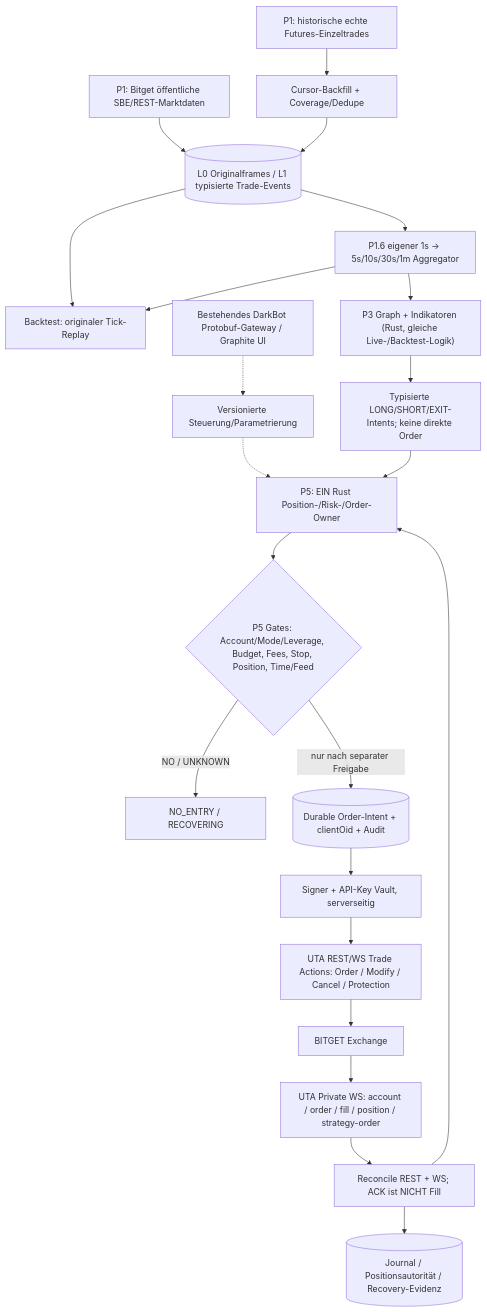
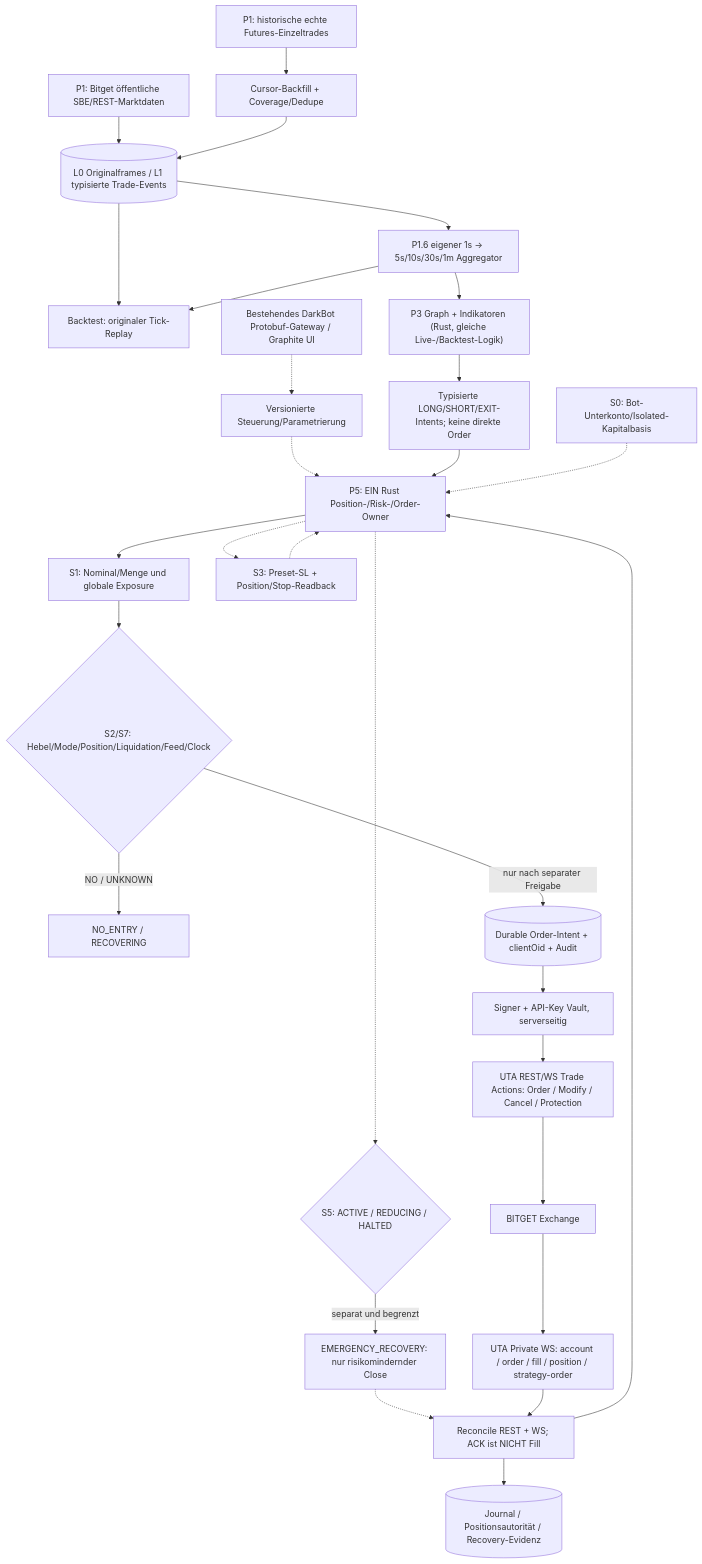
One commit to sawyerma/darkbot changed the diagram in darknode/docs/PHASENPLAN_P5_V1.md. Above: the diagram before and after it, drawn with Mermaid. The commit also changed other lines of this file, not shown here.

Commit message:
docs(darknode): binding 8-layer futures safety architecture and P5 A13-A28 acceptance gates

````diff
--- a/darknode/docs/PHASENPLAN_P5_V1.md
+++ b/darknode/docs/PHASENPLAN_P5_V1.md
@@ -15,23 +15,30 @@
 ```mermaid
 flowchart TB
     PUB["P1: Bitget öffentliche SBE/REST-Marktdaten"] --> L1[("L0 Originalframes / L1 typisierte Trade-Events")]
     HIST["P1: historische echte Futures-Einzeltrades"] --> IMP["Cursor-Backfill + Coverage/Dedupe"] --> L1
     L1 --> AGG["P1.6 eigener 1s → 5s/10s/30s/1m Aggregator"]
     L1 --> BT["Backtest: originaler Tick-Replay"]
     AGG --> BT
     AGG --> GRAPH["P3 Graph + Indikatoren (Rust, gleiche Live-/Backtest-Logik)"]
     GRAPH --> INTENT["Typisierte LONG/SHORT/EXIT-Intents; keine direkte Order"]
     UI["Bestehendes DarkBot Protobuf-Gateway / Graphite UI"] -.-> CONTROL["Versionierte Steuerung/Parametrierung"]
     CONTROL -.-> OWNER
     INTENT --> OWNER["P5: EIN Rust Position-/Risk-/Order-Owner"]
-    OWNER --> GUARD{"P5 Gates: Account/Mode/Leverage, Budget, Fees, Stop, Position, Time/Feed"}
+    ACCOUNT["S0: Bot-Unterkonto/Isolated-Kapitalbasis"] -.-> OWNER
+    OWNER --> RISK["S1: Nominal/Menge und globale Exposure"]
+    RISK --> GUARD{"S2/S7: Hebel/Mode/Position/Liquidation/Feed/Clock"}
+    OWNER -.-> STOP["S3: Preset-SL + Position/Stop-Readback"]
+    STOP -.-> OWNER
+    OWNER -.-> HALT{"S5: ACTIVE / REDUCING / HALTED"}
+    HALT -->|"separat und begrenzt"| EMERG["EMERGENCY_RECOVERY: nur risikomindernder Close"]
+    EMERG -.-> REC
     GUARD -->|"NO / UNKNOWN"| HOLD["NO_ENTRY / RECOVERING"]
     GUARD -->|"nur nach separater Freigabe"| JOURNAL[("Durable Order-Intent + clientOid + Audit")]
     JOURNAL --> AUTH["Signer + API-Key Vault, serverseitig"]
     AUTH --> REST["UTA REST/WS Trade Actions: Order / Modify / Cancel / Protection"]
     REST --> EX["BITGET Exchange"]
     EX --> PRIV["UTA Private WS: account / order / fill / position / strategy-order"]
     PRIV --> REC["Reconcile REST + WS; ACK ist NICHT Fill"]
     REC --> OWNER
     REC --> EVID[("Journal / Positionsautorität / Recovery-Evidenz")]
 ```
````
